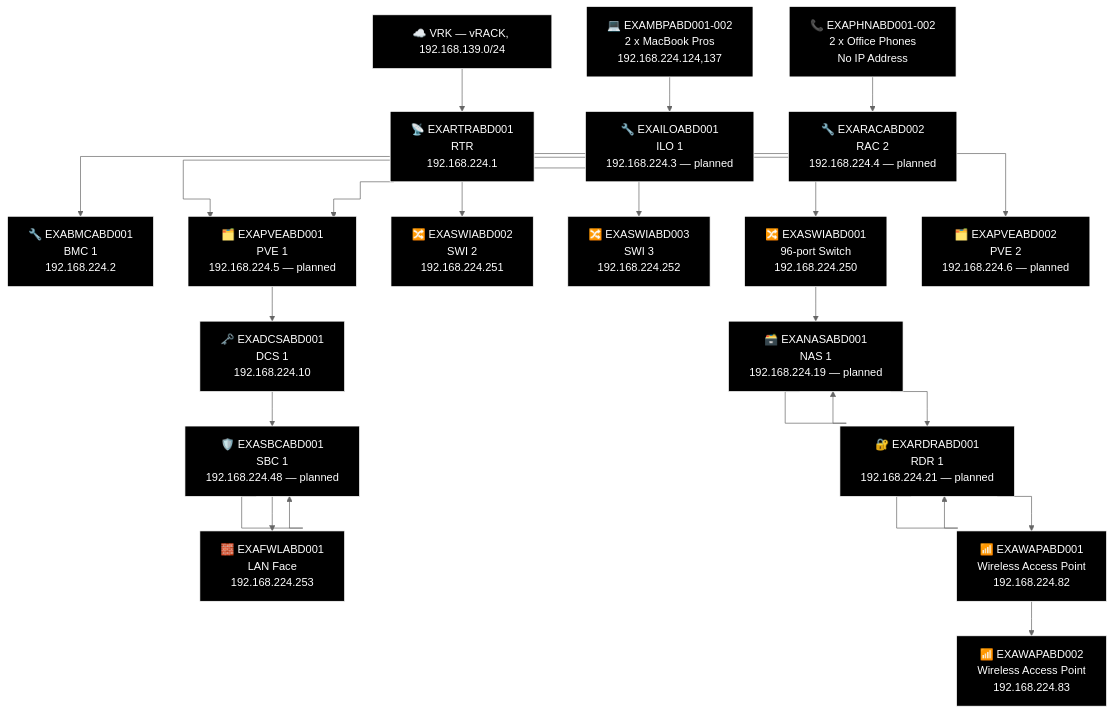
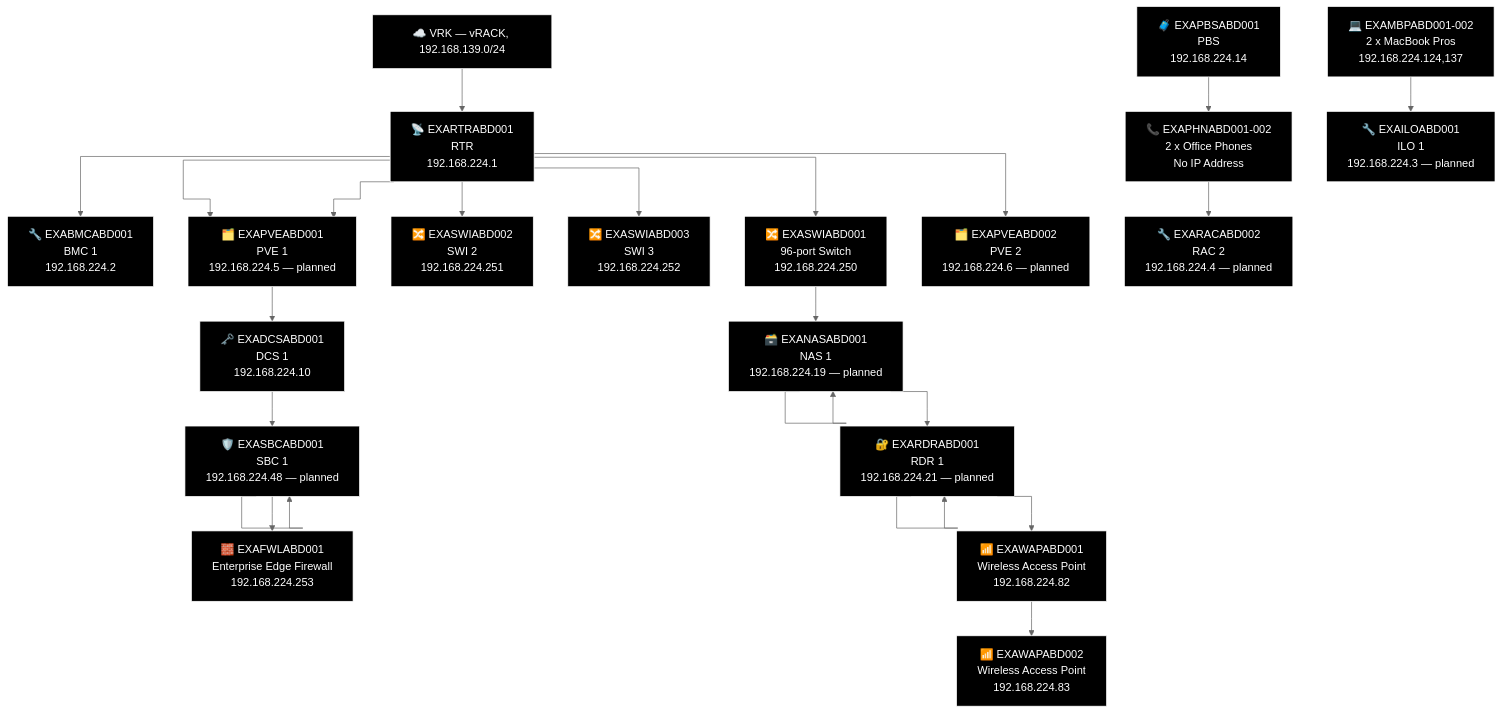
Diagram 21 of 21 in docs/network-diagram/scotland.md (knightmare2600/example_music_infra), drawn with Mermaid (neutral theme) before and after one commit. The commit also changed other lines of this file and 14 other files, not shown here.

First line of the commit message:
docs/network-diagram: regenerate, every site was missing its PBS node

````diff
--- a/docs/network-diagram/scotland.md
+++ b/docs/network-diagram/scotland.md
@@ -1245,64 +1257,66 @@
 ```mermaid
 %% GENERATED:TOPOLOGY:ABD:START
 %%{init: {'flowchart': {'curve': 'stepAfter'}}}%%
 graph TD
     T_VRK["☁️ VRK — vRACK, 192.168.139.0/24"]
     T_RTR["📡 EXARTRABD001<br/>RTR<br/>192.168.224.1"]
     T_VRK --> T_RTR
     T_BMC["🔧 EXABMCABD001<br/>BMC 1<br/>192.168.224.2"]
     T_RTR --> T_BMC
     T_PVE["🗂️ EXAPVEABD001<br/>PVE 1<br/>192.168.224.5"]
     T_RTR --> T_PVE
     T_SWI["🔀 EXASWIABD002<br/>SWI 2<br/>192.168.224.251"]
     T_RTR --> T_SWI
     T_SWI2["🔀 EXASWIABD003<br/>SWI 3<br/>192.168.224.252"]
     T_RTR --> T_SWI2
     T_SWI3["🔀 EXASWIABD001<br/>96-port Switch<br/>192.168.224.250"]
     T_RTR --> T_SWI3
     T_PVE["🗂️ EXAPVEABD001<br/>PVE 1<br/>192.168.224.5 — planned"]
     T_RTR --> T_PVE
     T_PVE2["🗂️ EXAPVEABD002<br/>PVE 2<br/>192.168.224.6 — planned"]
     T_RTR --> T_PVE2
     T_NAS["🗃️ EXANASABD001<br/>NAS<br/>192.168.224.19"]
     T_NAS["🗃️ EXANASABD001<br/>NAS 1<br/>192.168.224.19 — planned"]
     T_RDR["🔐 EXARDRABD001<br/>RDR<br/>192.168.224.21"]
     T_RDR["🔐 EXARDRABD001<br/>RDR 1<br/>192.168.224.21 — planned"]
     T_WAP["📶 EXAWAPABD001<br/>Wireless Access Point<br/>192.168.224.82"]
     T_WAP2["📶 EXAWAPABD002<br/>Wireless Access Point<br/>192.168.224.83"]
     T_SWI3 --> T_NAS --> T_NAS --> T_RDR --> T_RDR --> T_WAP --> T_WAP2
     T_DCS["🗝️ EXADCSABD001<br/>DCS 1<br/>192.168.224.10"]
     T_SBC["🛡️ EXASBCABD001<br/>SBC<br/>192.168.224.48"]
     T_SBC["🛡️ EXASBCABD001<br/>SBC 1<br/>192.168.224.48 — planned"]
-    T_FWL["🧱 EXAFWLABD001<br/>LAN Face<br/>192.168.224.253"]
+    T_FWL["🧱 EXAFWLABD001<br/>Enterprise Edge Firewall<br/>192.168.224.253"]
     T_PVE --> T_DCS --> T_SBC --> T_SBC --> T_FWL
+    T_PBS["🧳 EXAPBSABD001<br/>PBS<br/>192.168.224.14"]
     T_OTH_MBP["💻 EXAMBPABD001-002<br/>2 x MacBook Pros<br/>192.168.224.124,137"]
     T_OTH_PHN["📞 EXAPHNABD001-002<br/>2 x Office Phones<br/>No IP Address"]
     T_ILO["🔧 EXAILOABD001<br/>ILO 1<br/>192.168.224.3 — planned"]
     T_RAC["🔧 EXARACABD002<br/>RAC 2<br/>192.168.224.4 — planned"]
+    T_PBS --> T_OTH_PHN --> T_RAC
     T_OTH_MBP --> T_ILO
-    T_OTH_PHN --> T_RAC
     style T_VRK fill:#000000,stroke:#FFFFFF,color:#FFFFFF
     style T_RTR fill:#000000,stroke:#FFFFFF,color:#FFFFFF
     style T_BMC fill:#000000,stroke:#FFFFFF,color:#FFFFFF
     style T_PVE fill:#000000,stroke:#FFFFFF,color:#FFFFFF
     style T_SWI fill:#000000,stroke:#FFFFFF,color:#FFFFFF
     style T_SWI2 fill:#000000,stroke:#FFFFFF,color:#FFFFFF
     style T_SWI3 fill:#000000,stroke:#FFFFFF,color:#FFFFFF
     style T_PVE fill:#000000,stroke:#FFFFFF,color:#FFFFFF
     style T_PVE2 fill:#000000,stroke:#FFFFFF,color:#FFFFFF
     style T_NAS fill:#000000,stroke:#FFFFFF,color:#FFFFFF
     style T_NAS fill:#000000,stroke:#FFFFFF,color:#FFFFFF
     style T_RDR fill:#000000,stroke:#FFFFFF,color:#FFFFFF
     style T_RDR fill:#000000,stroke:#FFFFFF,color:#FFFFFF
     style T_WAP fill:#000000,stroke:#FFFFFF,color:#FFFFFF
     style T_WAP2 fill:#000000,stroke:#FFFFFF,color:#FFFFFF
     style T_DCS fill:#000000,stroke:#FFFFFF,color:#FFFFFF
     style T_SBC fill:#000000,stroke:#FFFFFF,color:#FFFFFF
     style T_SBC fill:#000000,stroke:#FFFFFF,color:#FFFFFF
     style T_FWL fill:#000000,stroke:#FFFFFF,color:#FFFFFF
+    style T_PBS fill:#000000,stroke:#FFFFFF,color:#FFFFFF
     style T_OTH_MBP fill:#000000,stroke:#FFFFFF,color:#FFFFFF
     style T_OTH_PHN fill:#000000,stroke:#FFFFFF,color:#FFFFFF
     style T_ILO fill:#000000,stroke:#FFFFFF,color:#FFFFFF
     style T_RAC fill:#000000,stroke:#FFFFFF,color:#FFFFFF
 %% GENERATED:TOPOLOGY:ABD:END
 ```
````
